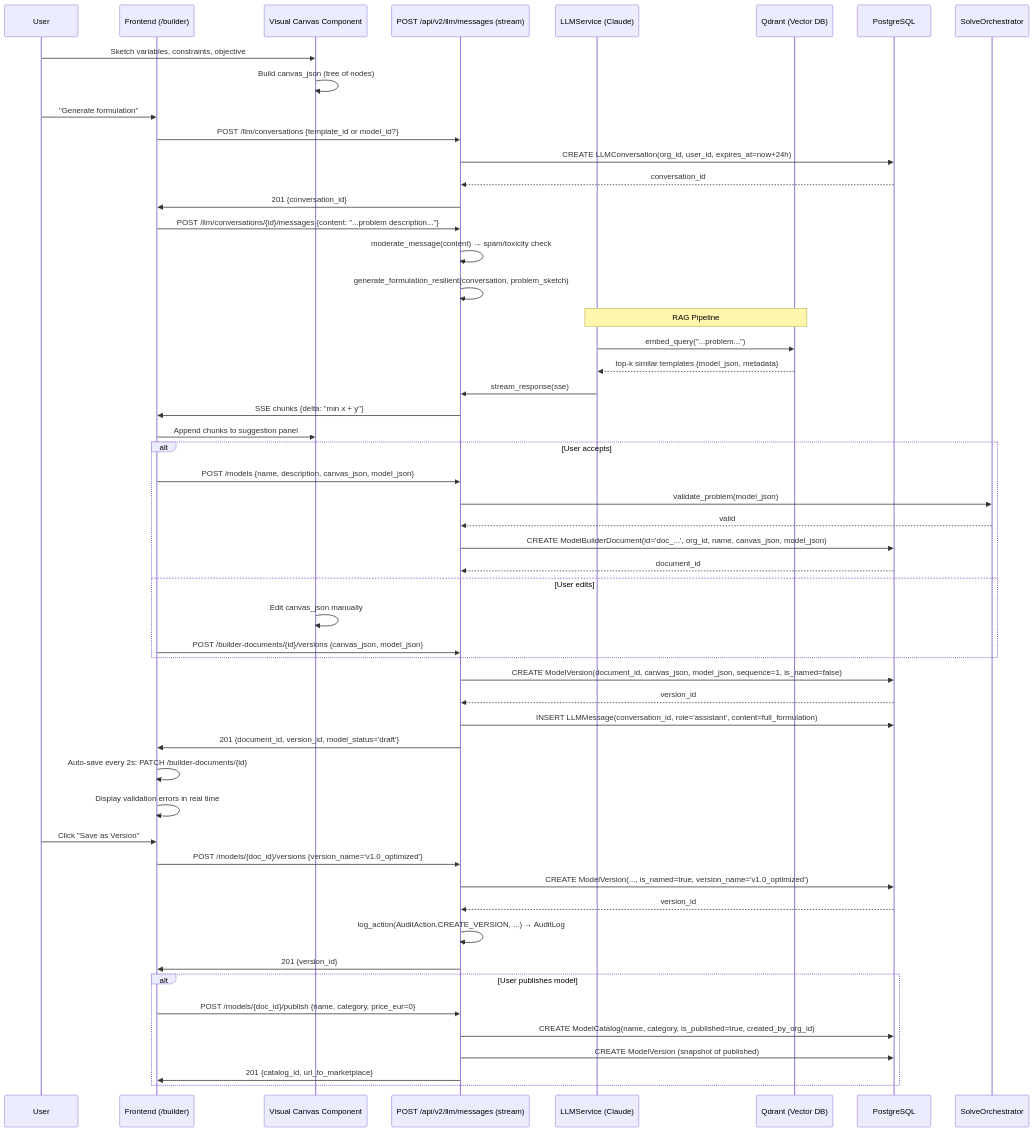
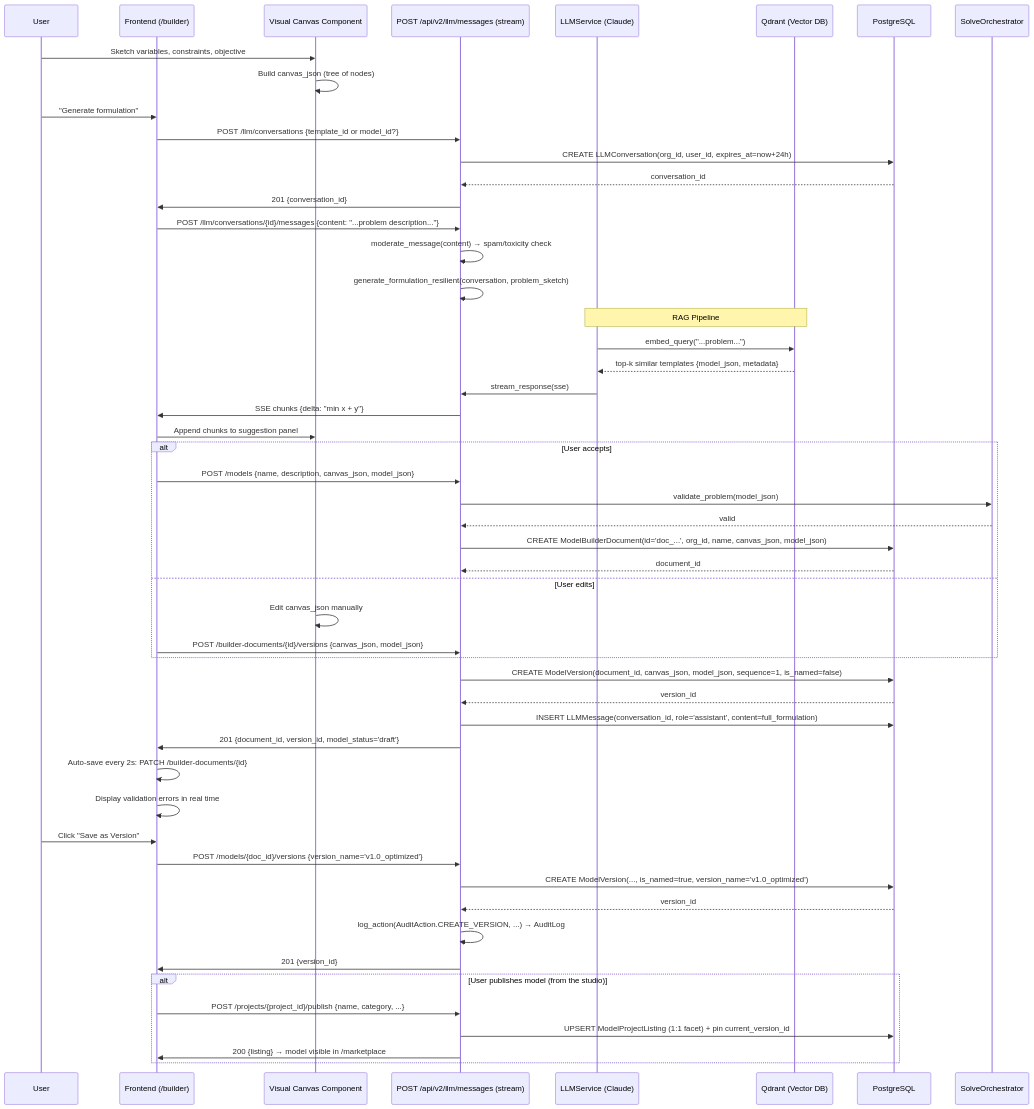
Before and after one commit to avallavall/jaot: the diagram in docs/ARCHITECTURE/07-use-cases/03-create-model.md, drawn with Mermaid. The commit also changed other lines of this file and 12 other files, not shown here.

First line of the commit message:
docs(architecture): P1.5 sweep — README and repo docs to the fused reality

````diff
--- a/docs/ARCHITECTURE/07-use-cases/03-create-model.md
+++ b/docs/ARCHITECTURE/07-use-cases/03-create-model.md
@@ -7,66 +14,65 @@
 ```mermaid
 sequenceDiagram
     participant User as User
     participant Frontend as Frontend (/builder)
     participant Canvas as Visual Canvas Component
     participant API as POST /api/v2/llm/messages (stream)
     participant LLM as LLMService (Claude)
     participant RAG as Qdrant (Vector DB)
     participant DB as PostgreSQL
     participant Orch as SolveOrchestrator
     
     User->>Canvas: Sketch variables, constraints, objective
     Canvas->>Canvas: Build canvas_json (tree of nodes)
     
     User->>Frontend: "Generate formulation"
     Frontend->>API: POST /llm/conversations {template_id or model_id?}
     API->>DB: CREATE LLMConversation(org_id, user_id, expires_at=now+24h)
     DB-->>API: conversation_id
     API->>Frontend: 201 {conversation_id}
     
     Frontend->>API: POST /llm/conversations/{id}/messages {content: "...problem description..."}
     API->>API: moderate_message(content) → spam/toxicity check
     API->>API: generate_formulation_resilient(conversation, problem_sketch)
     
     note over LLM,RAG: RAG Pipeline
     LLM->>RAG: embed_query("...problem...")
     RAG-->>LLM: top-k similar templates {model_json, metadata}
     
     LLM->>API: stream_response(sse)
     API->>Frontend: SSE chunks {delta: "min x + y"}
     Frontend->>Canvas: Append chunks to suggestion panel
     
     alt User accepts
         Frontend->>API: POST /models {name, description, canvas_json, model_json}
         API->>Orch: validate_problem(model_json)
         Orch-->>API: valid
         API->>DB: CREATE ModelBuilderDocument(id='doc_...', org_id, name, canvas_json, model_json)
         DB-->>API: document_id
     else User edits
         Canvas->>Canvas: Edit canvas_json manually
         Frontend->>API: POST /builder-documents/{id}/versions {canvas_json, model_json}
     end
     
     API->>DB: CREATE ModelVersion(document_id, canvas_json, model_json, sequence=1, is_named=false)
     DB-->>API: version_id
     
     API->>DB: INSERT LLMMessage(conversation_id, role='assistant', content=full_formulation)
     API->>Frontend: 201 {document_id, version_id, model_status='draft'}
     
     Frontend->>Frontend: Auto-save every 2s: PATCH /builder-documents/{id}
     Frontend->>Frontend: Display validation errors in real time
     
     User->>Frontend: Click "Save as Version"
     Frontend->>API: POST /models/{doc_id}/versions {version_name='v1.0_optimized'}
     API->>DB: CREATE ModelVersion(..., is_named=true, version_name='v1.0_optimized')
     DB-->>API: version_id
     API->>API: log_action(AuditAction.CREATE_VERSION, ...) → AuditLog
     API->>Frontend: 201 {version_id}
     
-    alt User publishes model
-        Frontend->>API: POST /models/{doc_id}/publish {name, category, price_eur=0}
-        API->>DB: CREATE ModelCatalog(name, category, is_published=true, created_by_org_id)
-        API->>DB: CREATE ModelVersion (snapshot of published)
-        API->>Frontend: 201 {catalog_id, url_to_marketplace}
+    alt User publishes model (from the studio)
+        Frontend->>API: POST /projects/{project_id}/publish {name, category, ...}
+        API->>DB: UPSERT ModelProjectListing (1:1 facet) + pin current_version_id
+        API->>Frontend: 200 {listing} → model visible in /marketplace
     end
 ```
````
